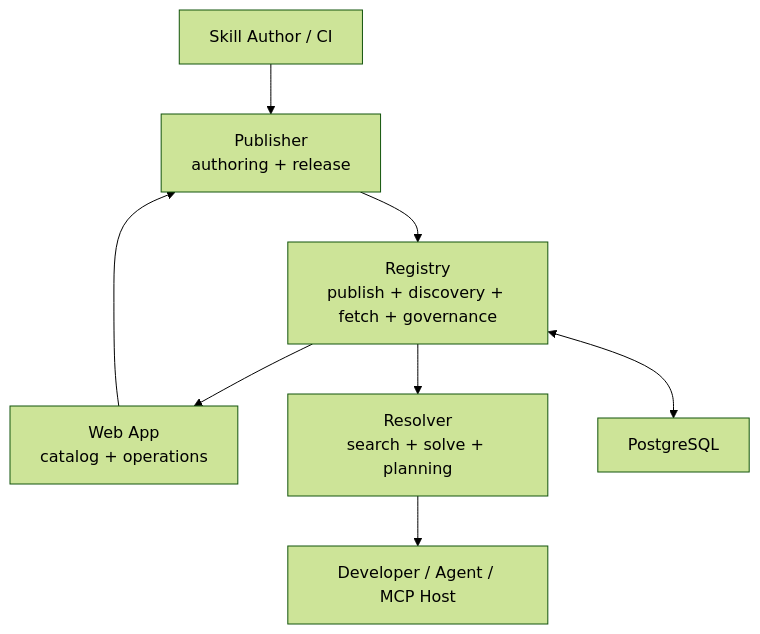
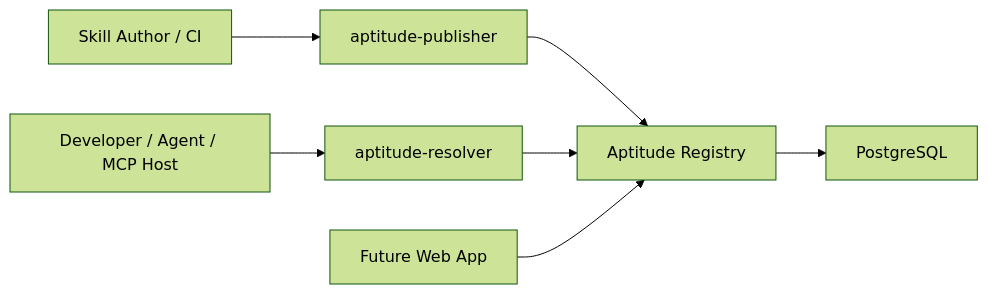
The diagram in profile/README.md (aptitude-stack/.github), drawn with Mermaid (forest theme) before and after one commit. The commit also changed other lines of this file, not shown here.

````diff
--- a/profile/README.md
+++ b/profile/README.md
@@ -34,13 +29,9 @@
 ```mermaid
-flowchart TD
-    Author["Skill Author / CI"] --> Publisher["Publisher<br/>authoring + release"]
-
-    Registry --> Web["Web App<br/>catalog + operations"]
-    Resolver["Resolver<br/>search + solve + planning"] --> User["Developer / Agent / MCP Host"]
-
-    Publisher --> Registry["Registry<br/>publish + discovery + fetch + governance"]
-    Web["Web App<br/>catalog + operations"] --> Publisher
-
-    Registry --> Resolver
-    Registry <--> DB["PostgreSQL"]
+flowchart LR
+    Author["Skill Author / CI"] --> Publisher["aptitude-publisher"]
+    User["Developer / Agent / MCP Host"] --> Resolver["aptitude-resolver"]
+    Publisher --> Registry["Aptitude Registry"]
+    Resolver --> Registry
+    Registry --> DB["PostgreSQL"]
+    Web["Future Web App"] --> Registry
 ```
````
